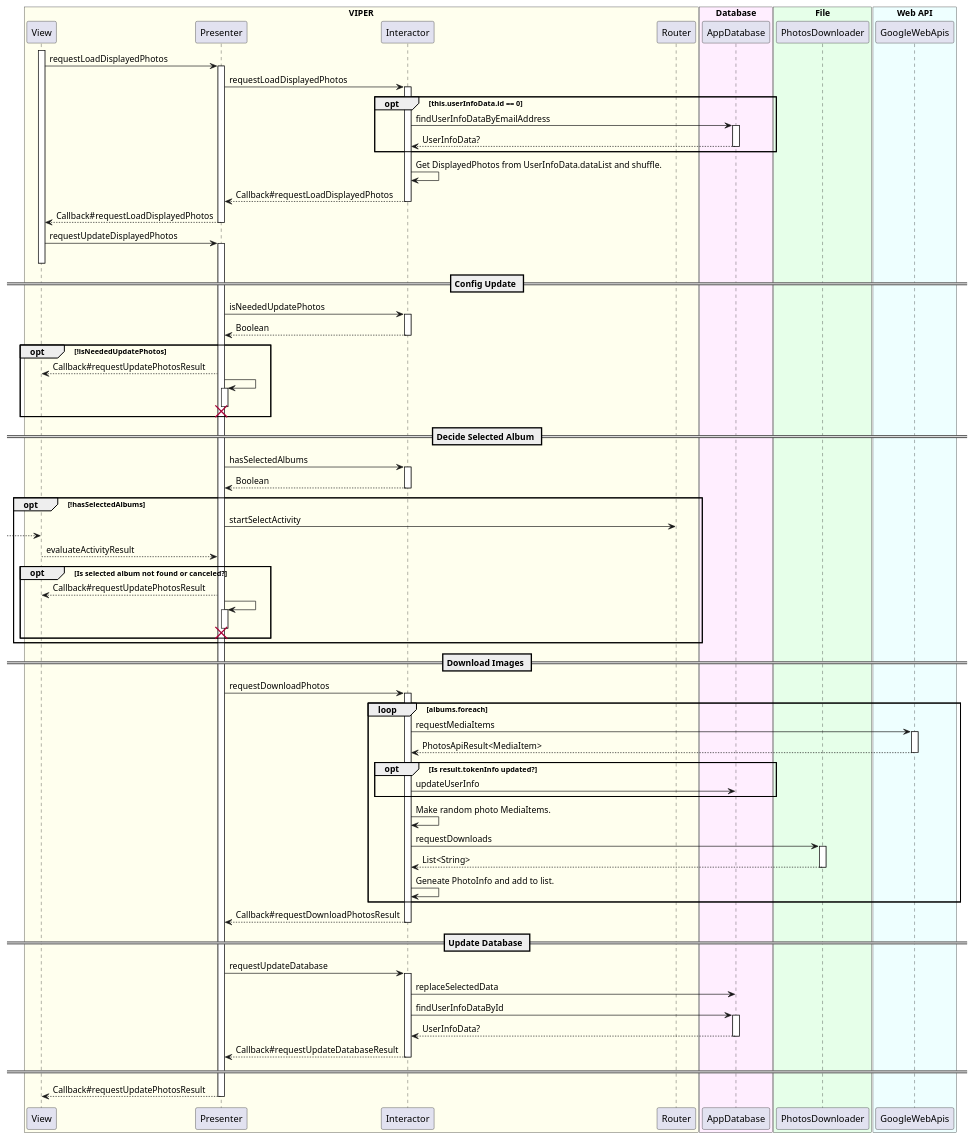
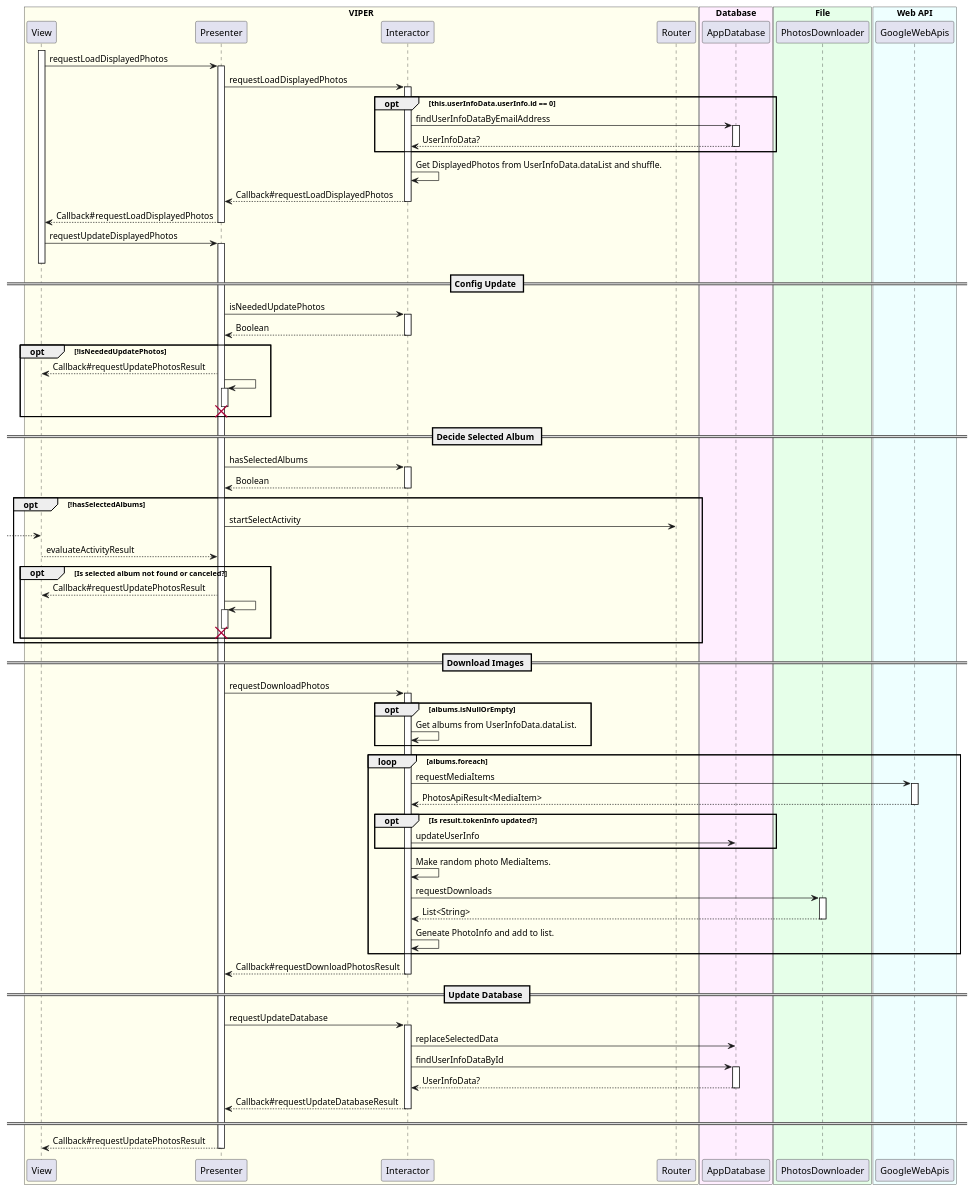
One commit to sallyluenoa/PhotoSlideShow changed the diagram in uml/main/sequence_diagram_main_bk.md. Above: the diagram before and after it, drawn with PlantUML. The commit also changed 18 other files, not shown here.

First line of the commit message:
Write UML for design #13

```diff
--- a/uml/main/sequence_diagram_main_bk.md
+++ b/uml/main/sequence_diagram_main_bk.md
@@ -22,7 +22,7 @@
 View -> Presenter++: requestLoadDisplayedPhotos
   Presenter -> Interactor++: requestLoadDisplayedPhotos
 
-  opt this.userInfoData.id == 0
+  opt this.userInfoData.userInfo.id == 0
     Interactor -> AppDatabase++: findUserInfoDataByEmailAddress
     return UserInfoData?
   end
@@ -66,6 +66,10 @@
 
 Presenter -> Interactor++: requestDownloadPhotos
 
+  opt albums.isNullOrEmpty
+    Interactor -> Interactor: Get albums from UserInfoData.dataList.
+  end
+
   loop albums.foreach
     Interactor -> GoogleWebApis++: requestMediaItems
     return PhotosApiResult<MediaItem>
```
